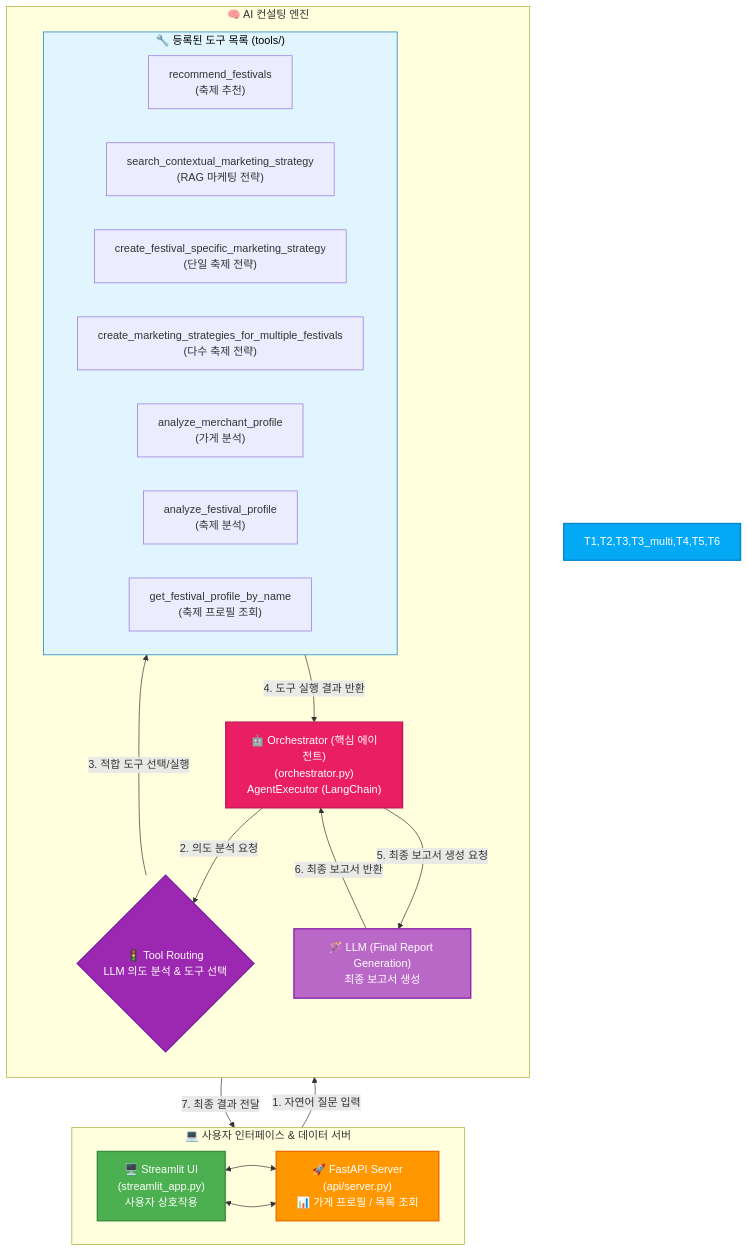
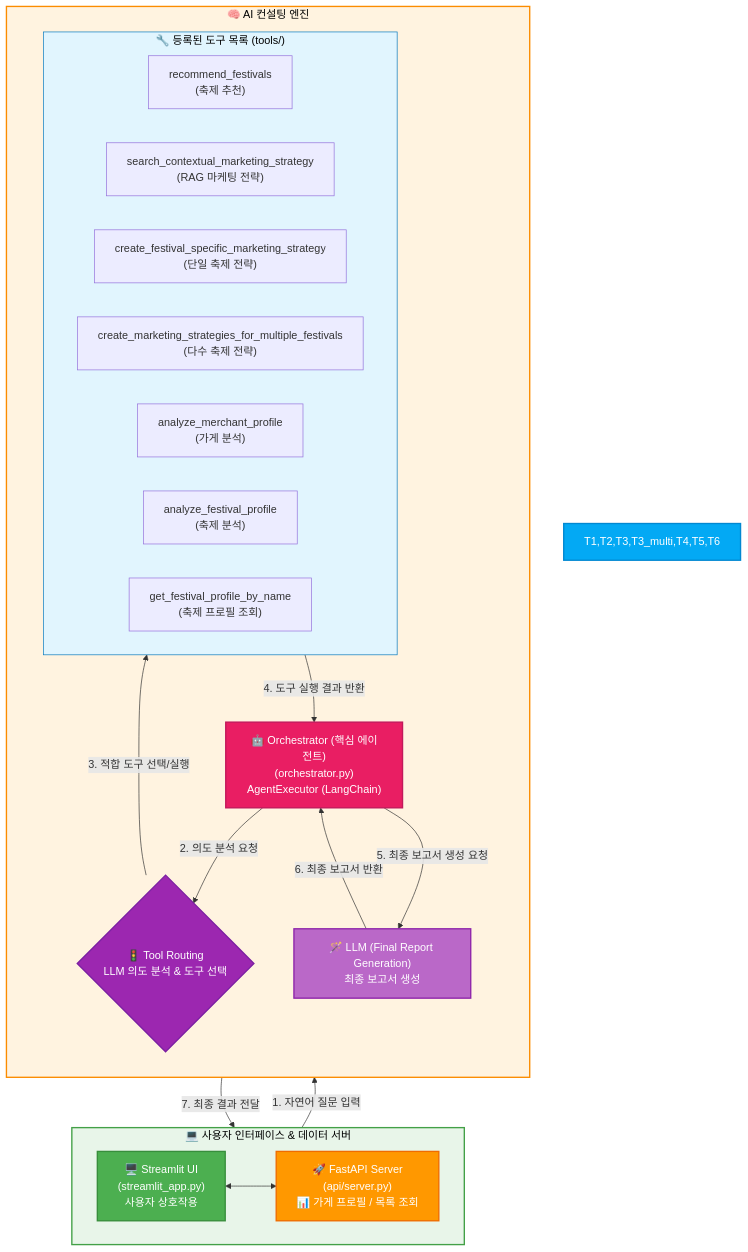
One commit to Synapse-Bigcontest/2025_bigcontest changed the first of 4 diagrams in README.md. Above: the diagram before and after it, drawn with Mermaid.

````diff
--- a/README.md
+++ b/README.md
@@ -94,59 +94,58 @@
 ```mermaid
 graph TD
     %% ========================
-    %% 사용자 인터페이스 & 데이터 서버 (상단)
+    %% 1. 사용자 인터페이스 & 데이터 서버 (상단)
+    %% - direction LR: 내부 요소(A, B)를 좌우로 배치
     %% ========================
     subgraph SG_UserServer ["💻 사용자 인터페이스 & 데이터 서버"]
         direction LR
         A["🖥️ Streamlit UI\n(streamlit_app.py)\n사용자 상호작용"] <--> B["🚀 FastAPI Server\n(api/server.py)\n📊 가게 프로필 / 목록 조회"]
     end
 
     %% ========================
-    %% AI 컨설팅 엔진 (하단)
+    %% 2. AI 컨설팅 엔진 (하단)
+    %% - direction TB: 내부 요소(C, D, SG_Tools, LLM_Final)를 상하로 배치
     %% ========================
     subgraph SG_Engine ["🧠 AI 컨설팅 엔진"]
         direction TB
         C["🤖 Orchestrator (핵심 에이전트)\n(orchestrator.py)\nAgentExecutor (LangChain)"]
         D{"🚦 Tool Routing\nLLM 의도 분석 & 도구 선택"}
 
         subgraph SG_Tools ["🔧 등록된 도구 목록 (tools/)"]
+            %% direction이 명시되지 않으면 부모(SG_Engine)의 TB를 상속받아 세로 정렬됨
             T1["recommend_festivals\n(축제 추천)"]
             T2["search_contextual_marketing_strategy\n(RAG 마케팅 전략)"]
             T3["create_festival_specific_marketing_strategy\n(단일 축제 전략)"]
             T3_multi["create_marketing_strategies_for_multiple_festivals\n(다수 축제 전략)"]
             T4["analyze_merchant_profile\n(가게 분석)"]
             T5["analyze_festival_profile\n(축제 분석)"]
             T6["get_festival_profile_by_name\n(축제 프로필 조회)"]
         end
 
         LLM_Final["🪄 LLM (Final Report Generation)\n최종 보고서 생성"]
     end
 
     %% ========================
-    %% 연결 관계 (수정)
-    %% - A(UI)가 최상단에 오도록 흐름 수정
+    %% 3. 전체 흐름 연결
     %% ========================
-    
-    %% UI와 API 서버는 상호작용
-    A <--> B
-
-    %% 메인 에이전트 흐름 (A -> C -> ... -> C -> A)
     A -- "1. 자연어 질문 입력" --> C
     C -- "2. 의도 분석 요청" --> D
     D -- "3. 적합 도구 선택/실행" --> SG_Tools
     SG_Tools -- "4. 도구 실행 결과 반환" --> C
     C -- "5. 최종 보고서 생성 요청" --> LLM_Final
-    LLM_Final -- "6. 최종 보고서 반환" --> C  
-    C -- "7. 최종 결과 전달" --> A       
+    LLM_Final -- "6. 최종 보고서 반환" --> C
+    C -- "7. 최종 결과 전달" --> A
 
     %% ========================
-    %% 스타일 지정 (GitHub 호환)
+    %% 4. 스타일 지정
     %% ========================
     style A fill:#4CAF50,color:#fff,stroke:#388E3C,stroke-width:2px
     style B fill:#FF9800,color:#fff,stroke:#EF6C00,stroke-width:2px
     style C fill:#E91E63,color:#fff,stroke:#C2185B,stroke-width:2px
     style D fill:#9C27B0,color:#fff,stroke:#7B1FA2,stroke-width:2px,shape:diamond
     style SG_Tools fill:#E1F5FE, stroke:#0277BD,color:#000
     style T1,T2,T3,T3_multi,T4,T5,T6 fill:#03A9F4,color:#fff,stroke:#0288D1,stroke-width:2px,shape:hexagon
     style LLM_Final fill:#BA68C8,color:#fff,stroke:#8E24AA,stroke-width:2px
+    style SG_UserServer fill:#E8F5E9,stroke:#43A047,stroke-width:2px,color:#000
+    style SG_Engine fill:#FFF3E0,stroke:#FB8C00,stroke-width:2px,color:#000
 ```
````
